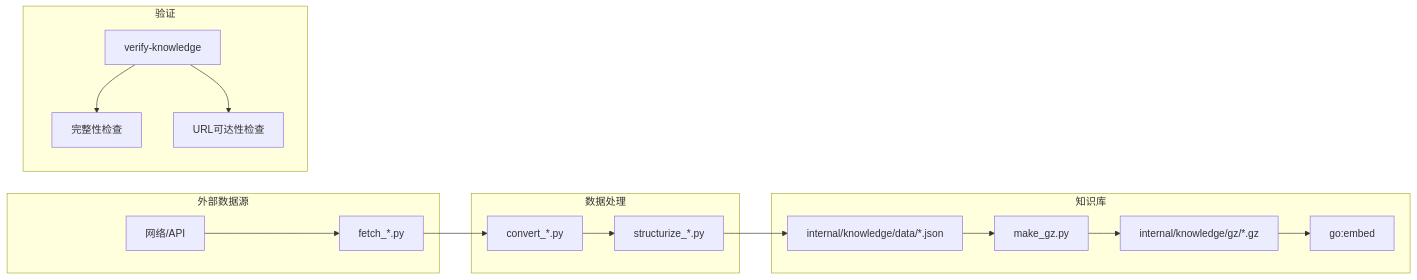
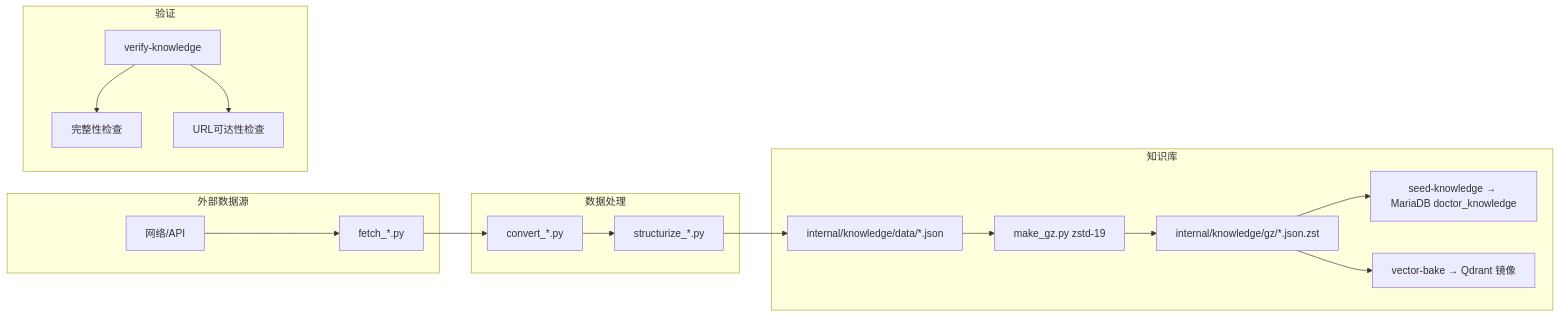
Before and after one commit to deep2code/doctor-agent: the sixth of 7 diagrams in docs/architecture.md, drawn with Mermaid. The commit also changed other lines of this file and 101 other files, not shown here.

````diff
--- a/docs/architecture.md
+++ b/docs/architecture.md
@@ -231,23 +248,24 @@
 ```mermaid
 graph LR
     subgraph "外部数据源"
         A[网络/API] --> B[fetch_*.py]
     end
 
     subgraph "数据处理"
         B --> C[convert_*.py]
         C --> D[structurize_*.py]
     end
 
     subgraph "知识库"
         D --> E[internal/knowledge/data/*.json]
-        E --> F[make_gz.py]
-        F --> G[internal/knowledge/gz/*.gz]
-        G --> H[go:embed]
+        E --> F[make_gz.py zstd-19]
+        F --> G[internal/knowledge/gz/*.json.zst]
+        G --> H1[seed-knowledge → MariaDB doctor_knowledge]
+        G --> H2[vector-bake → Qdrant 镜像]
     end
 
     subgraph "验证"
         I[verify-knowledge] --> J[完整性检查]
         I --> K[URL可达性检查]
     end
 ```
````
